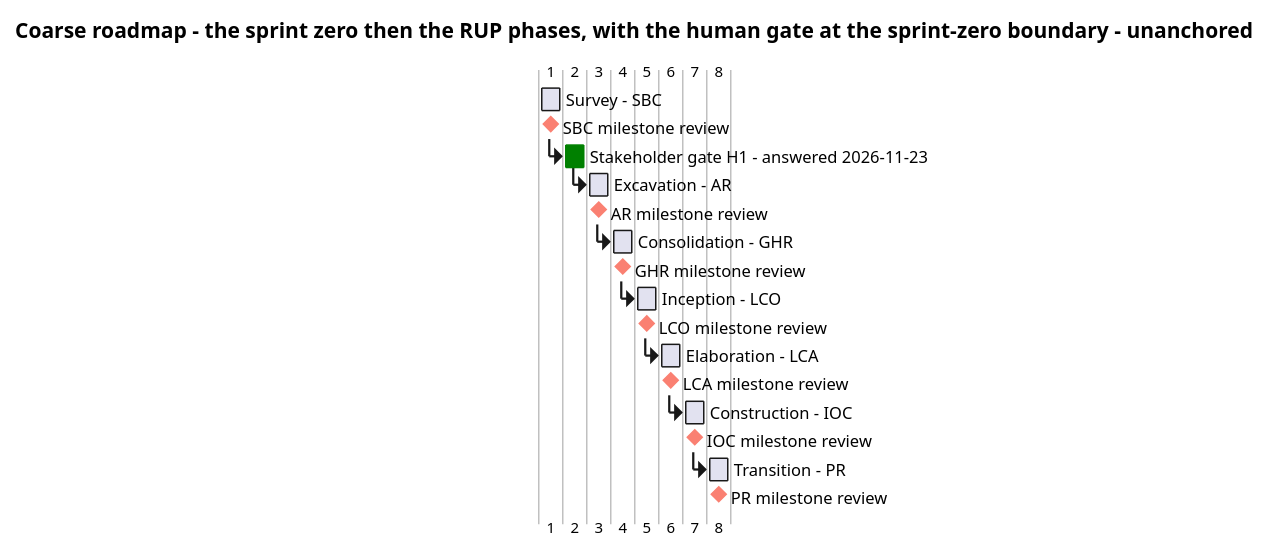
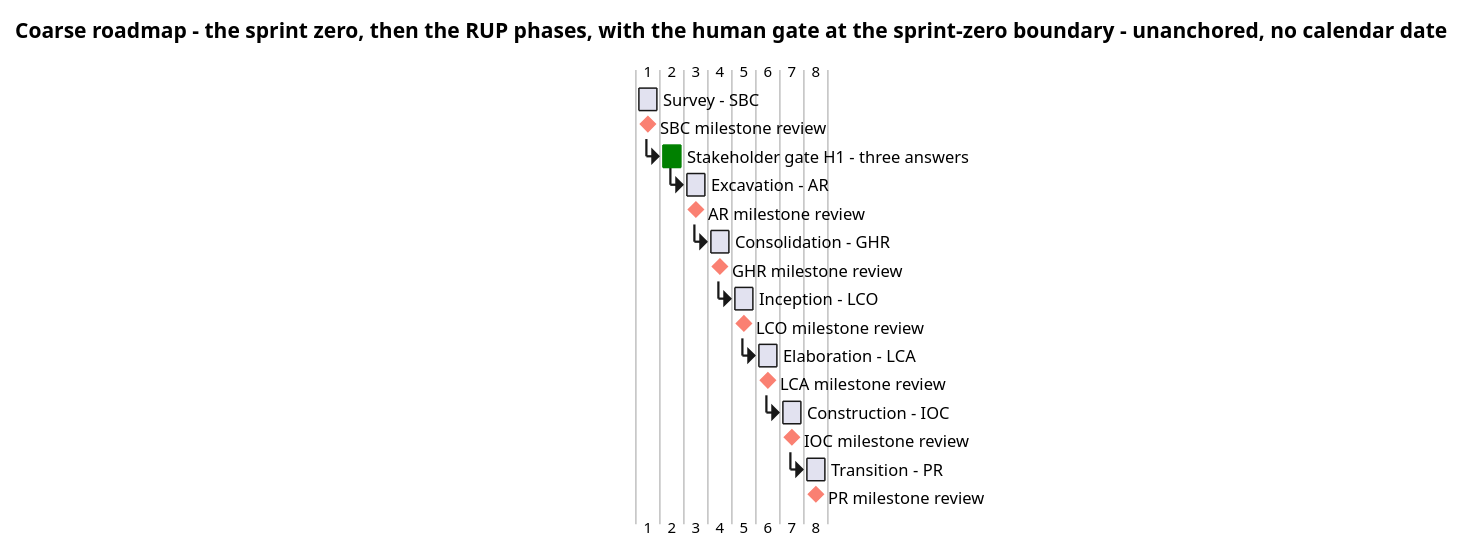
The first of 2 diagrams in docs/artifacts/project-management/iteration-plan.md (banense-test/TodoApp), drawn with PlantUML before and after one commit. The commit also changed other lines of this file, not shown here.

````diff
--- a/docs/artifacts/project-management/iteration-plan.md
+++ b/docs/artifacts/project-management/iteration-plan.md
@@ -27,36 +27,36 @@
 ```plantuml
 @startgantt
-title Coarse roadmap - the sprint zero then the RUP phases, with the human gate at the sprint-zero boundary - unanchored
+title Coarse roadmap - the sprint zero, then the RUP phases, with the human gate at the sprint-zero boundary - unanchored, no calendar date
 
 [Survey - SBC] lasts 1 day
 [SBC milestone review] happens at [Survey - SBC]'s end
 [SBC milestone review] is colored in Salmon
-[Stakeholder gate H1 - answered 2026-11-23] lasts 1 day
-[Stakeholder gate H1 - answered 2026-11-23] starts at [SBC milestone review]'s end
-[Stakeholder gate H1 - answered 2026-11-23] is colored in Green
+[Stakeholder gate H1 - three answers] lasts 1 day
+[Stakeholder gate H1 - three answers] starts at [SBC milestone review]'s end
+[Stakeholder gate H1 - three answers] is colored in Green
 [Excavation - AR] lasts 1 day
-[Excavation - AR] starts at [Stakeholder gate H1 - answered 2026-11-23]'s end
+[Excavation - AR] starts at [Stakeholder gate H1 - three answers]'s end
 [AR milestone review] happens at [Excavation - AR]'s end
 [AR milestone review] is colored in Salmon
 [Consolidation - GHR] lasts 1 day
 [Consolidation - GHR] starts at [AR milestone review]'s end
 [GHR milestone review] happens at [Consolidation - GHR]'s end
 [GHR milestone review] is colored in Salmon
 [Inception - LCO] lasts 1 day
 [Inception - LCO] starts at [GHR milestone review]'s end
 [LCO milestone review] happens at [Inception - LCO]'s end
 [LCO milestone review] is colored in Salmon
 [Elaboration - LCA] lasts 1 day
 [Elaboration - LCA] starts at [LCO milestone review]'s end
 [LCA milestone review] happens at [Elaboration - LCA]'s end
 [LCA milestone review] is colored in Salmon
 [Construction - IOC] lasts 1 day
 [Construction - IOC] starts at [LCA milestone review]'s end
 [IOC milestone review] happens at [Construction - IOC]'s end
 [IOC milestone review] is colored in Salmon
 [Transition - PR] lasts 1 day
 [Transition - PR] starts at [IOC milestone review]'s end
 [PR milestone review] happens at [Transition - PR]'s end
 [PR milestone review] is colored in Salmon
 @endgantt
 ```
````
